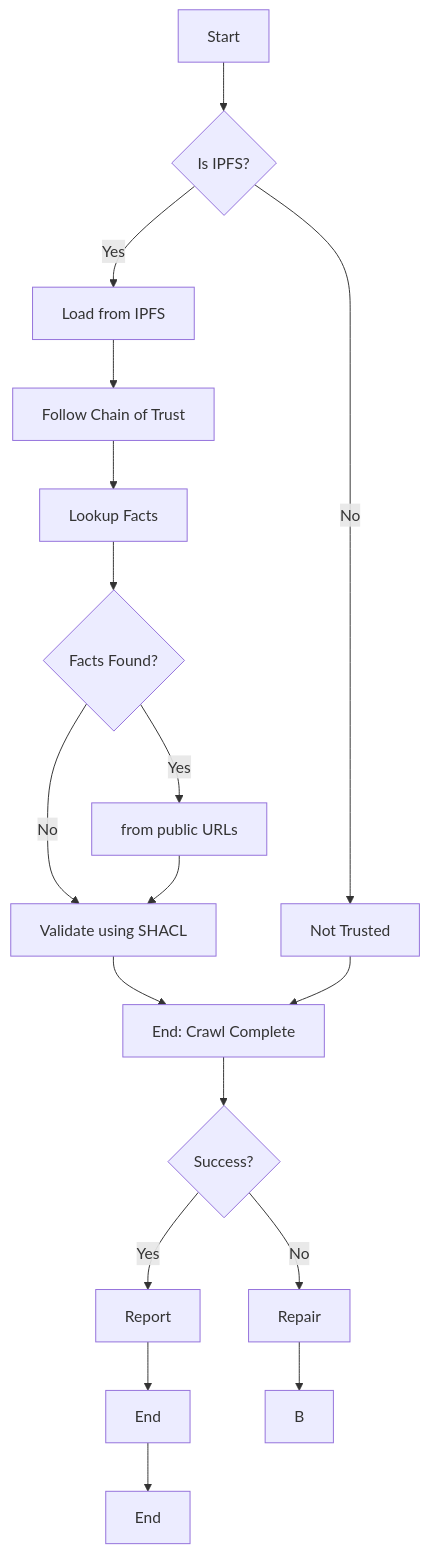
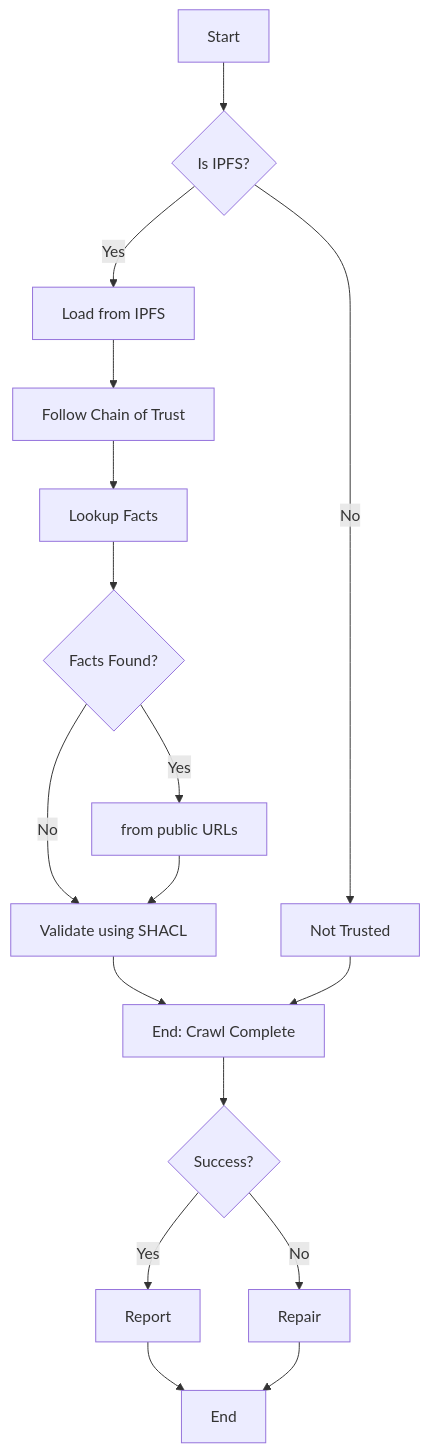
The second of 2 diagrams in www/content/howto/crawling.md (fact-claims/fact.claims), drawn with Mermaid before and after one commit.

````diff
--- a/www/content/howto/crawling.md
+++ b/www/content/howto/crawling.md
@@ -81,20 +81,19 @@
 ```mermaid
 graph TD;
     A[Start] --> C{Is IPFS?};
     C -->|Yes| D[Load from IPFS];
     C -->|No| E[Not Trusted];
     D --> F[Follow Chain of Trust];
     F --> G[Lookup Facts];
     G --> H{Facts Found?};
     H -->|Yes| I[from public URLs];
     H -->|No| J[Validate using SHACL];
     I --> J;
     J --> K[End: Crawl Complete];
     E --> K;
     K --> L{Success?};
     L -->|Yes| M[Report];
     L -->|No| N[Repair];
     M --> O[End];
-    N --> B;
-    O --> O1[End];
+    N --> O[End];
 ```
````
